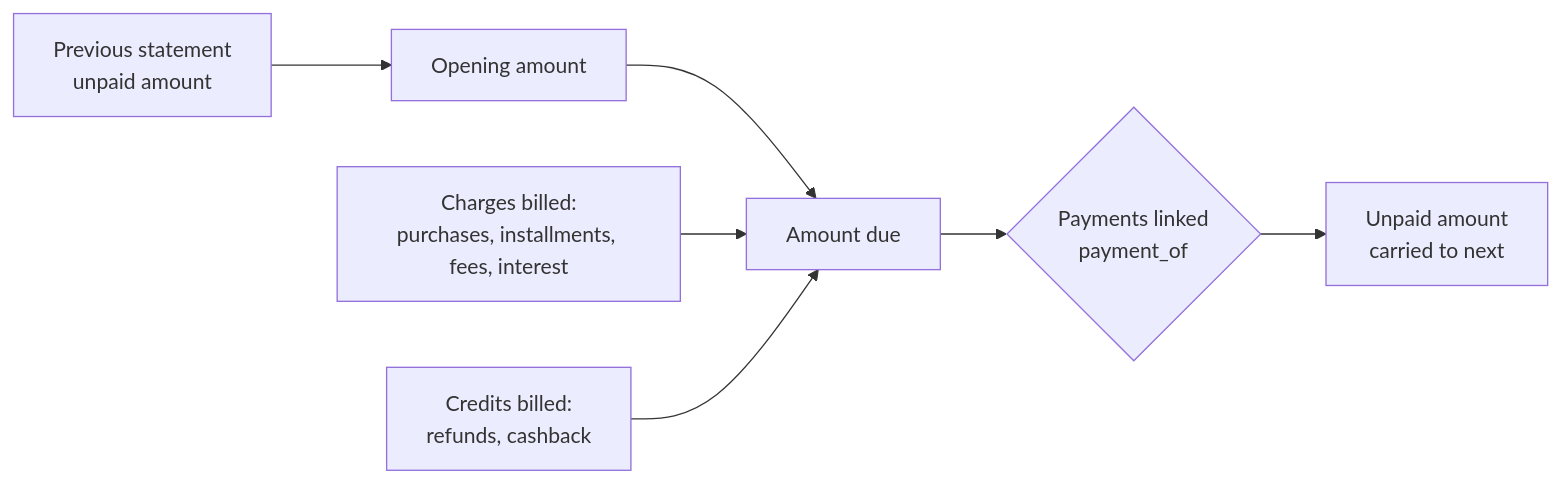
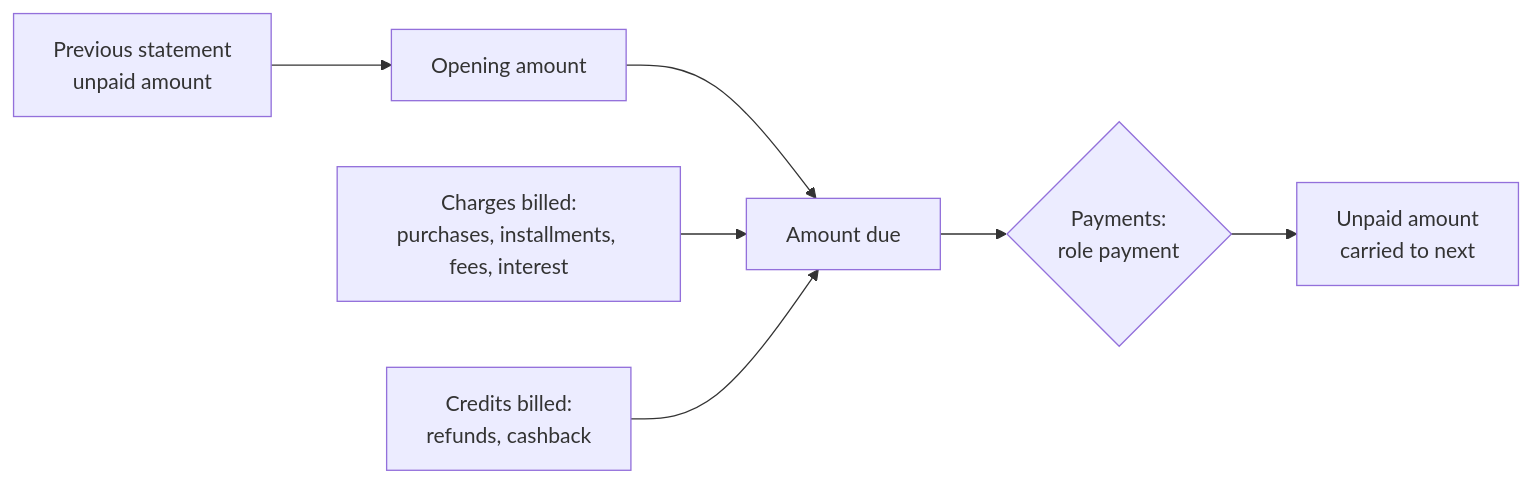
One commit to andrelopes-code/equori changed the second of 5 diagrams in docs/domain/05-domain-model.md. Above: the diagram before and after it, drawn with Mermaid. The commit also changed other lines of this file and 4 other files, not shown here.

````diff
--- a/docs/domain/05-domain-model.md
+++ b/docs/domain/05-domain-model.md
@@ -211,9 +211,9 @@
 ```mermaid
 flowchart LR
   P[Previous statement<br/>unpaid amount] --> O[Opening amount]
   O --> D[Amount due]
   C[Charges billed:<br/>purchases, installments, fees, interest] --> D
   R[Credits billed:<br/>refunds, cashback] --> D
-  D --> S{Payments linked<br/>payment_of}
+  D --> S{Payments:<br/>role payment}
   S --> U[Unpaid amount<br/>carried to next]
 ```
````
